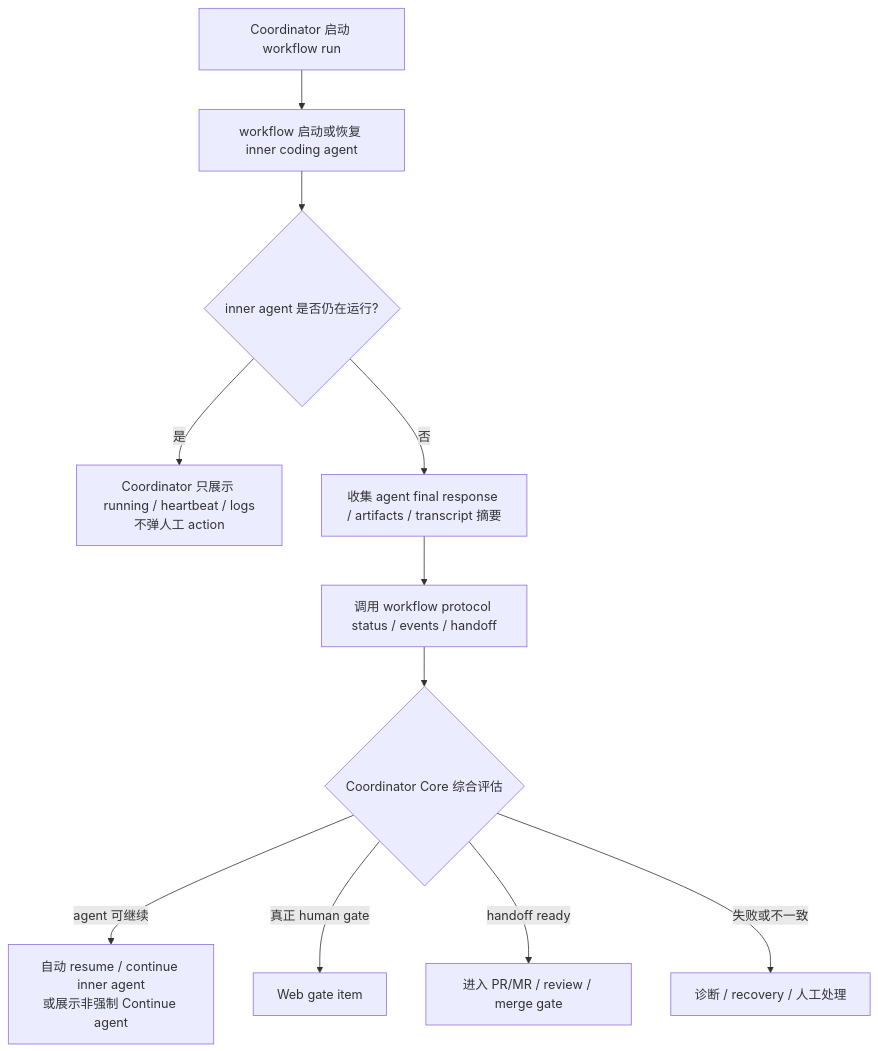
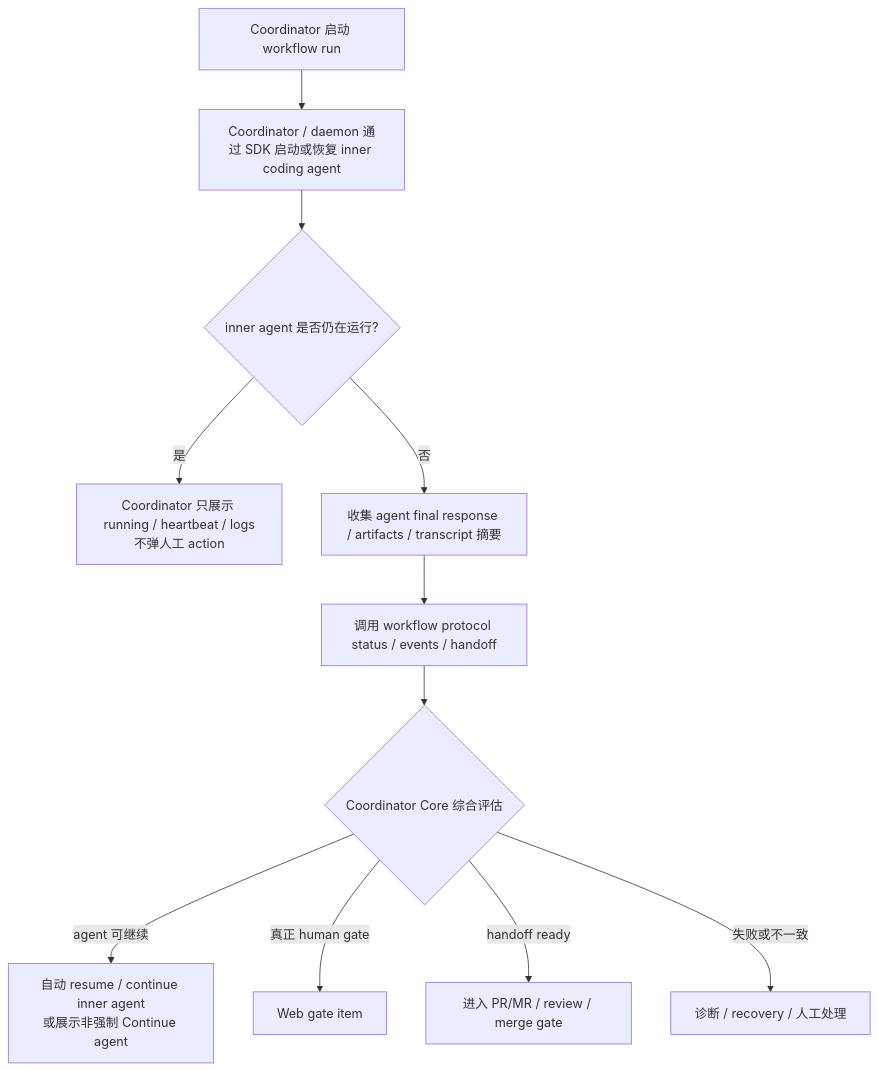
The third of 4 diagrams in docs/workflow-agent-lifecycle-handoff.md (tianyn1990/coordinator), drawn with Mermaid before and after one commit. The commit also changed other lines of this file and 30 other files, not shown here.

First line of the commit message:
完成 inner coding agent 生命周期调度

````diff
--- a/docs/workflow-agent-lifecycle-handoff.md
+++ b/docs/workflow-agent-lifecycle-handoff.md
@@ -129,13 +131,13 @@
 ```mermaid
 flowchart TD
-  A["Coordinator 启动 workflow run"] --> B["workflow 启动或恢复 inner coding agent"]
+  A["Coordinator 启动 workflow run"] --> B["Coordinator / daemon 通过 SDK 启动或恢复 inner coding agent"]
   B --> C{"inner agent 是否仍在运行?"}
   C -->|是| D["Coordinator 只展示 running / heartbeat / logs<br/>不弹人工 action"]
   C -->|否| E["收集 agent final response / artifacts / transcript 摘要"]
   E --> F["调用 workflow protocol status / events / handoff"]
   F --> G{"Coordinator Core 综合评估"}
   G -->|agent 可继续| H["自动 resume / continue inner agent<br/>或展示非强制 Continue agent"]
   G -->|真正 human gate| I["Web gate item"]
   G -->|handoff ready| J["进入 PR/MR / review / merge gate"]
   G -->|失败或不一致| K["诊断 / recovery / 人工处理"]
 ```
````
